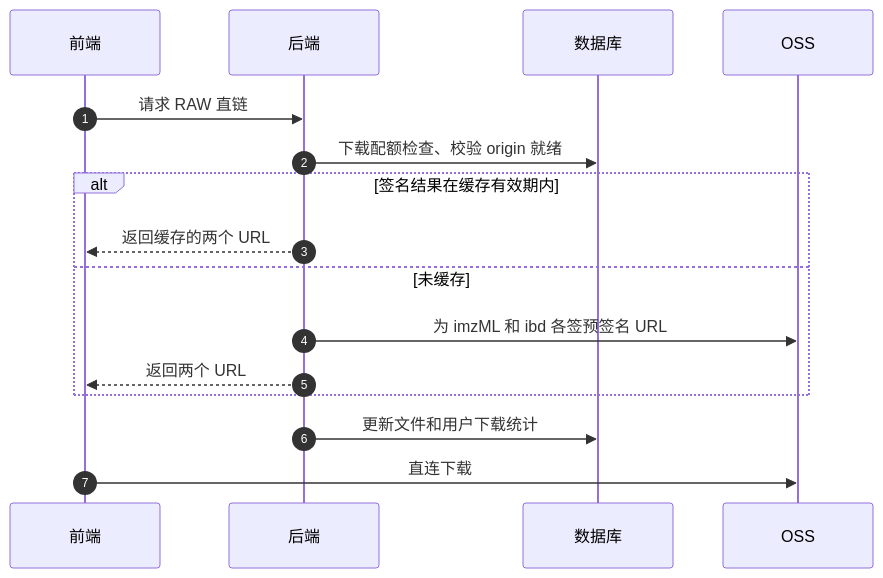
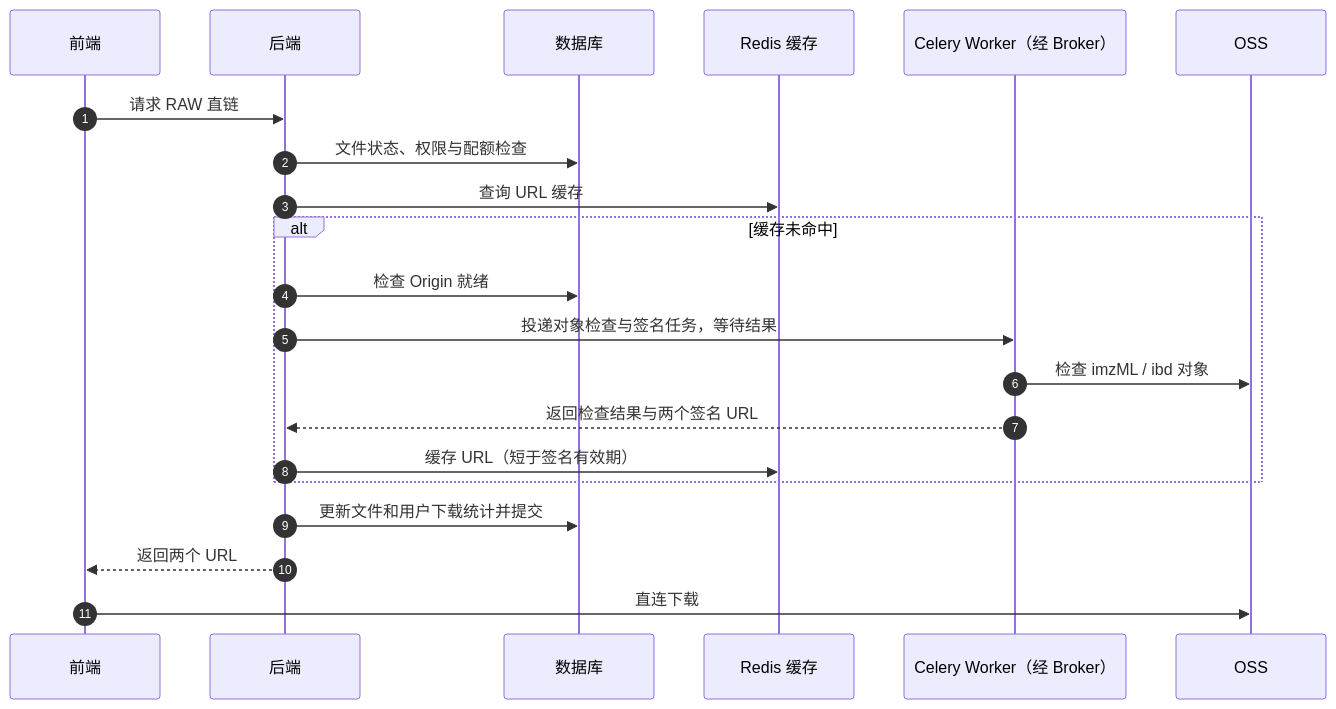
The first of 2 diagrams in docs/zh/核心业务API架构-文件下载.md (NeoNexusX/Kawaru), drawn with Mermaid before and after one commit. The commit also changed other lines of this file and 27 other files, not shown here.

First line of the commit message:
feat: Update API documentation and architecture for user authentication, task processing, and statistics

````diff
--- a/docs/zh/核心业务API架构-文件下载.md
+++ b/docs/zh/核心业务API架构-文件下载.md
@@ -29,19 +29,24 @@
 ```mermaid
 sequenceDiagram
     autonumber
     participant FE as 前端
     participant API as 后端
     participant DB as 数据库
+    participant Redis as Redis 缓存
+    participant Worker as Celery Worker（经 Broker）
     participant OSS as OSS
 
     FE->>API: 请求 RAW 直链
-    API->>DB: 下载配额检查、校验 origin 就绪
-    alt 签名结果在缓存有效期内
-        API-->>FE: 返回缓存的两个 URL
-    else 未缓存
-        API->>OSS: 为 imzML 和 ibd 各签预签名 URL
-        API-->>FE: 返回两个 URL
+    API->>DB: 文件状态、权限与配额检查
+    API->>Redis: 查询 URL 缓存
+    alt 缓存未命中
+        API->>DB: 检查 Origin 就绪
+        API->>Worker: 投递对象检查与签名任务，等待结果
+        Worker->>OSS: 检查 imzML / ibd 对象
+        Worker-->>API: 返回检查结果与两个签名 URL
+        API->>Redis: 缓存 URL（短于签名有效期）
     end
-    API->>DB: 更新文件和用户下载统计
+    API->>DB: 更新文件和用户下载统计并提交
+    API-->>FE: 返回两个 URL
     FE->>OSS: 直连下载
 ```
````
